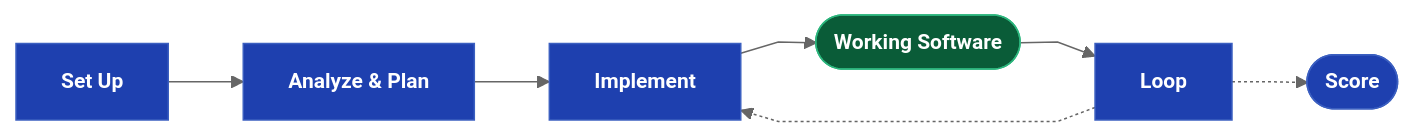
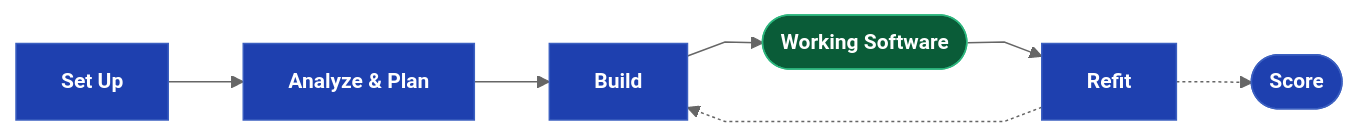
One commit to webcloudstudio/Drydock changed the first of 5 diagrams in docs/Drydock_Specification.md. Above: the diagram before and after it, drawn with Mermaid. The commit also changed other lines of this file, not shown here.

Commit message:
Shorten the specification prose, config table, and command-flow examples

````diff
--- a/docs/Drydock_Specification.md
+++ b/docs/Drydock_Specification.md
@@ -63,17 +63,17 @@
 ```mermaid
 %%{init: {'theme': 'neutral', 'flowchart': {'curve': 'linear'}, 'themeVariables': {'fontSize': '14px'}}}%%
 flowchart LR
   classDef dir    fill:#0a5c38,stroke:#2cb67d,color:#fff,font-weight:bold
   classDef md     fill:#d4a017,stroke:#a07810,color:#111,font-weight:bold
   classDef script fill:#1e40af,stroke:#3b5fc0,color:#fff,font-weight:bold
   classDef prompt fill:#c2410c,stroke:#ea580c,color:#fff,font-weight:bold
   classDef output fill:#6d28d9,stroke:#8b5cf6,color:#fff,font-weight:bold
   classDef web    fill:#be123c,stroke:#fb7185,color:#fff,font-weight:bold
 
   SETUP["Set Up"]:::script --> ANALYZE["Analyze & Plan"]:::script
-  ANALYZE --> IMPLEMENT["Implement"]:::script
+  ANALYZE --> IMPLEMENT["Build"]:::script
   IMPLEMENT --> TARGET(["Working Software"]):::dir
-  TARGET --> LOOP["Loop"]:::script
+  TARGET --> LOOP["Refit"]:::script
   LOOP -.-> IMPLEMENT
   LOOP -.-> SCORE([Score]):::script
 ```
````
